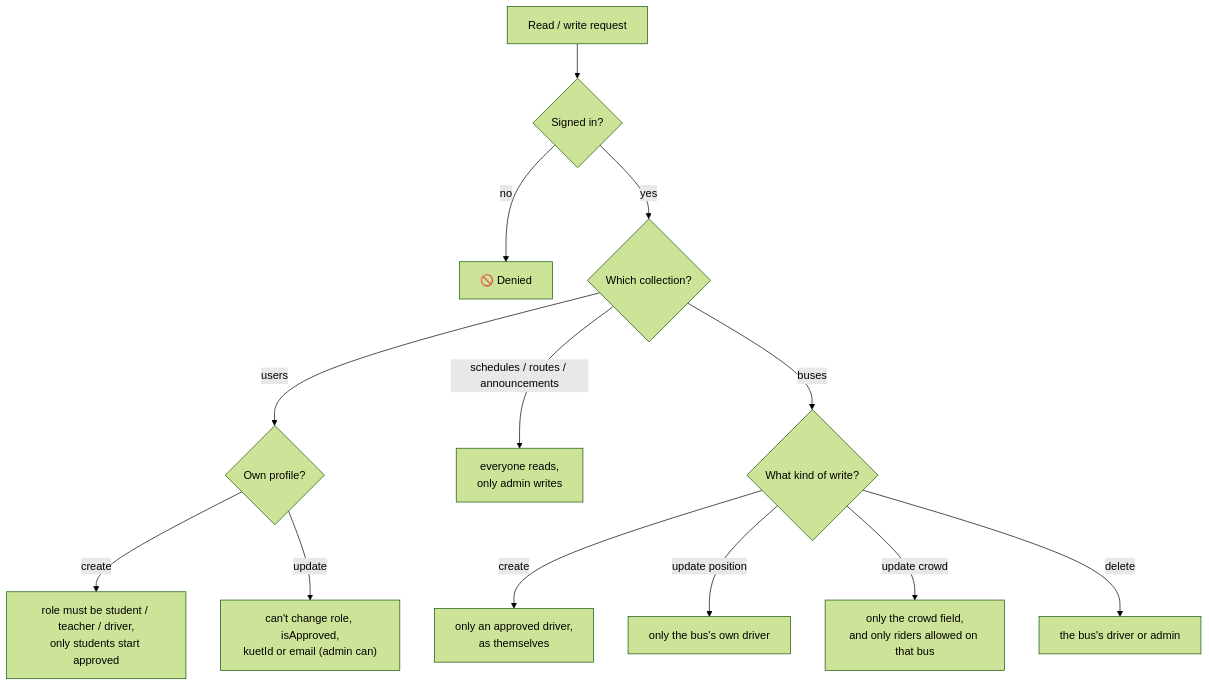
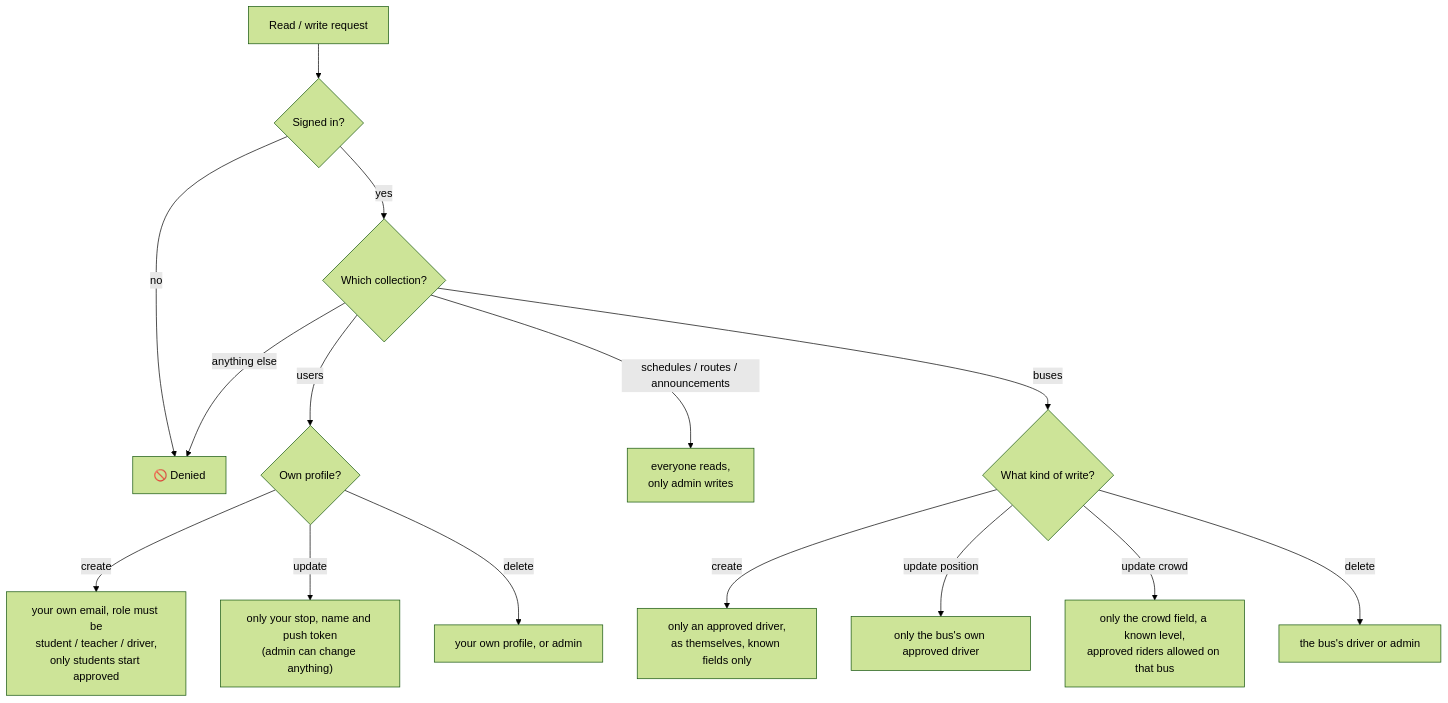
Before and after one commit to shadowfax-505/KUETBusLive: diagram 25 of 27 in README.md, drawn with Mermaid (forest theme). The commit also changed other lines of this file, not shown here.

````diff
--- a/README.md
+++ b/README.md
@@ -1029,18 +1030,21 @@
 ```mermaid
 flowchart TB
     REQ["Read / write request"] --> SIGNED{"Signed in?"}
     SIGNED -->|no| DENY["🚫 Denied"]
     SIGNED -->|yes| WHAT{"Which collection?"}
 
     WHAT -->|users| U{"Own profile?"}
-    U -->|"create"| UC["role must be student / teacher / driver,<br/>only students start approved"]
-    U -->|"update"| UU["can't change role, isApproved,<br/>kuetId or email (admin can)"]
+    U -->|"create"| UC["your own email, role must be<br/>student / teacher / driver,<br/>only students start approved"]
+    U -->|"update"| UU["only your stop, name and push token<br/>(admin can change anything)"]
+    U -->|"delete"| UD["your own profile, or admin"]
 
     WHAT -->|"schedules / routes / announcements"| SR["everyone reads,<br/>only admin writes"]
 
     WHAT -->|buses| B{"What kind of write?"}
-    B -->|create| BC["only an approved driver,<br/>as themselves"]
-    B -->|"update position"| BU["only the bus's own driver"]
-    B -->|"update crowd"| BCR["only the crowd field,<br/>and only riders allowed on that bus"]
+    B -->|create| BC["only an approved driver,<br/>as themselves, known fields only"]
+    B -->|"update position"| BU["only the bus's own approved driver"]
+    B -->|"update crowd"| BCR["only the crowd field, a known level,<br/>approved riders allowed on that bus"]
+
+    WHAT -->|"anything else"| DENY
     B -->|delete| BD["the bus's driver or admin"]
 ```
````
